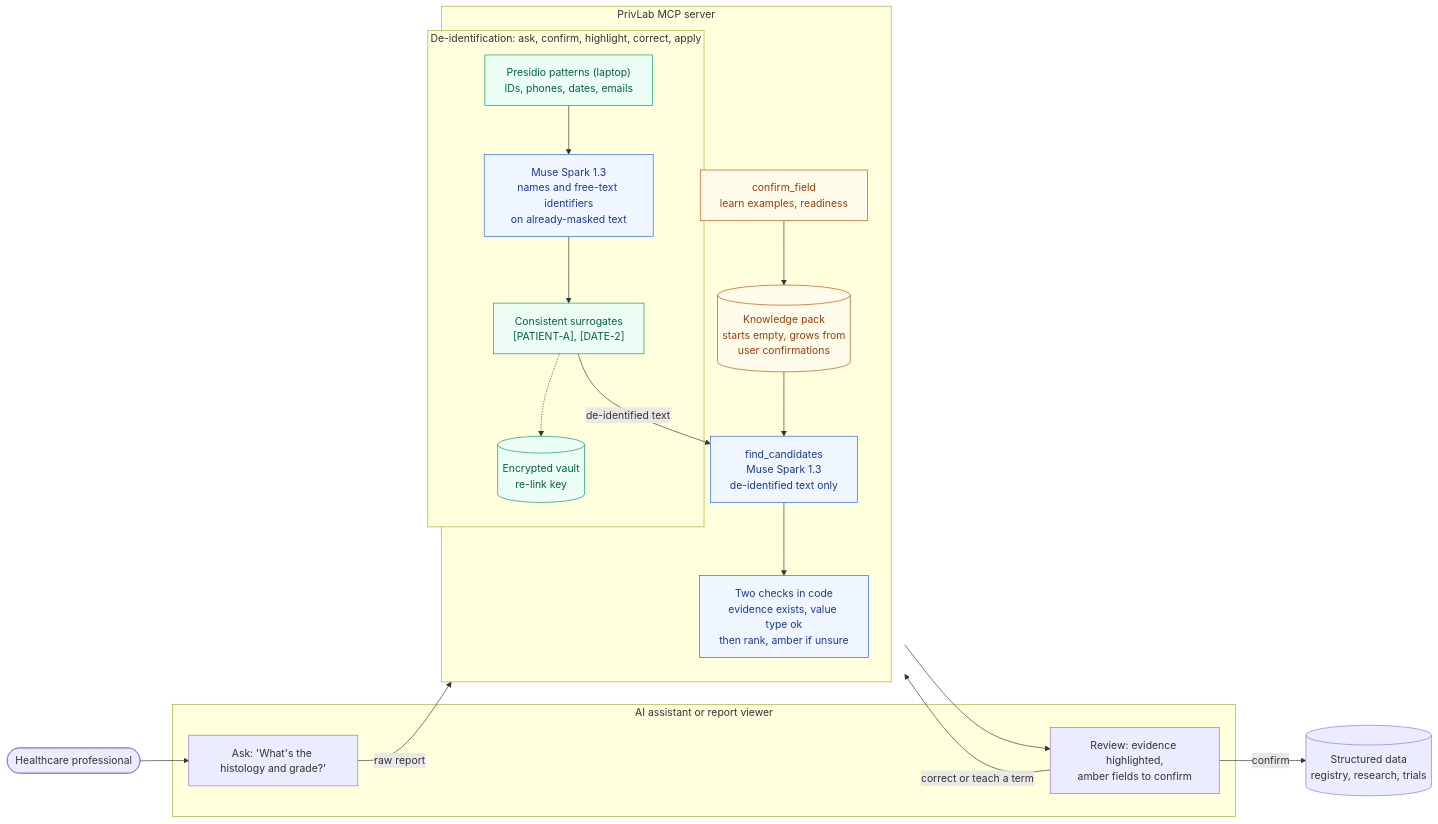
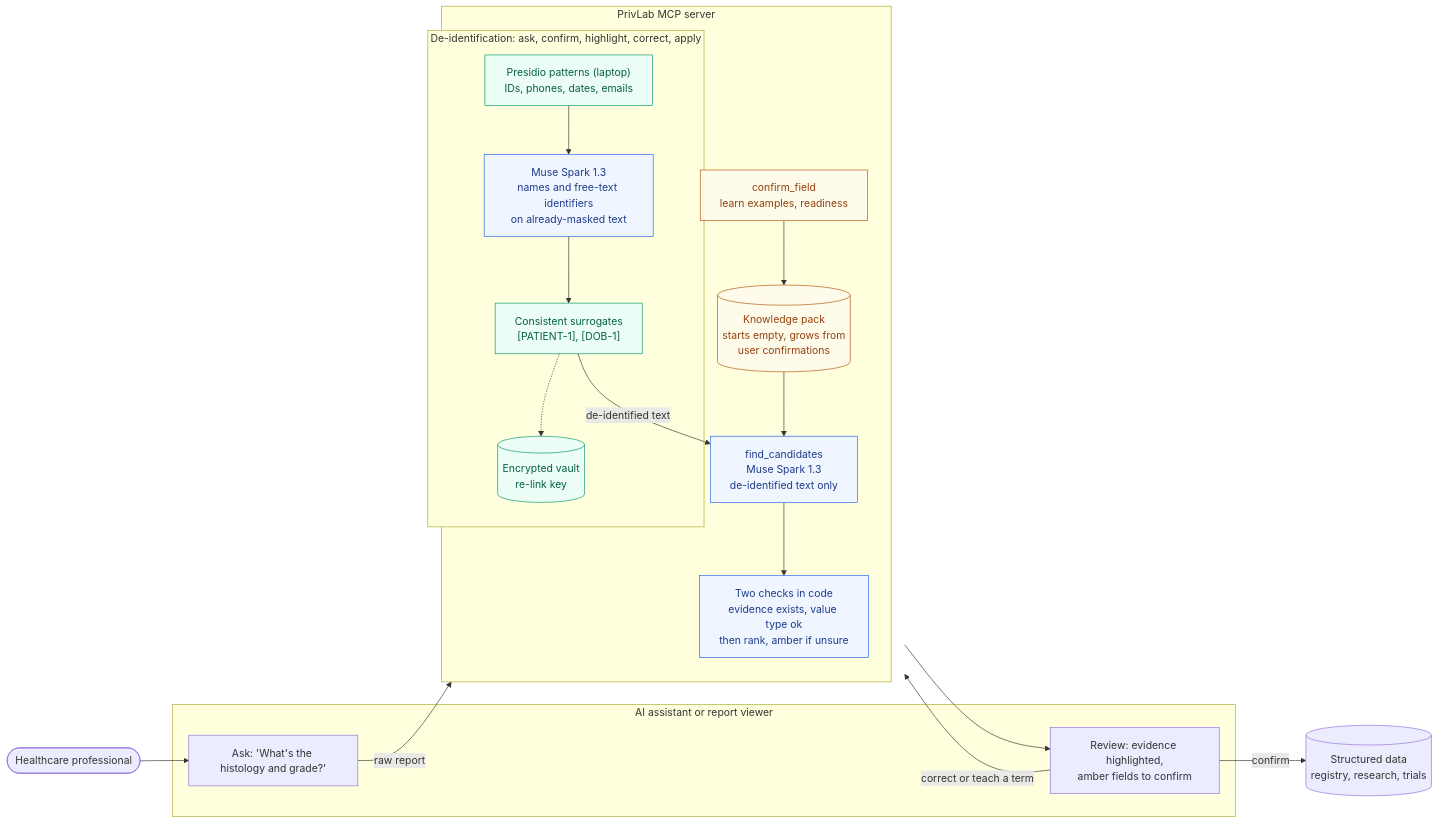
Before and after one commit to megan-chu/PrivLab: the diagram in docs/architecture.mmd, drawn with Mermaid. The commit also changed 1 other file, not shown here.

Commit message:
chore: add de-id red-team agent and update tag names in diagram

```diff
--- a/docs/architecture.mmd
+++ b/docs/architecture.mmd
@@ -1,42 +1,42 @@
 flowchart LR
     U(["Healthcare professional"])
 
     subgraph CLIENT["AI assistant or report viewer"]
         Q["Ask: 'What's the histology and grade?'"]
         R["Review: evidence highlighted,\namber fields to confirm"]
     end
 
     subgraph MCP["PrivLab MCP server"]
         direction TB
         subgraph HOSP["De-identification: ask, confirm, highlight, correct, apply"]
             RULES["Presidio patterns (laptop)\nIDs, phones, dates, emails"]
             GLIM["Muse Spark 1.3\nnames and free-text identifiers\non already-masked text"]
-            SUR["Consistent surrogates\n[PATIENT-A], [DATE-2]"]
+            SUR["Consistent surrogates\n[PATIENT-1], [DOB-1]"]
             VAULT[("Encrypted vault\nre-link key")]
         end
         REC["find_candidates\nMuse Spark 1.3\nde-identified text only"]
         VAL["Two checks in code\nevidence exists, value type ok\nthen rank, amber if unsure"]
         PACKS[("Knowledge pack\nstarts empty, grows from\nuser confirmations")]
         TEACH["confirm_field\nlearn examples, readiness"]
     end
 
     OUT[("Structured data\nregistry, research, trials")]
 
     U --> Q
     Q -->|"raw report"| RULES
     RULES --> GLIM --> SUR
     SUR -.-> VAULT
     SUR -->|"de-identified text"| REC
     PACKS --> REC
     REC --> VAL --> R
     R -->|"confirm"| OUT
     R -->|"correct or teach a term"| TEACH
     TEACH --> PACKS
 
     classDef safe fill:#ECFDF5,stroke:#059669,color:#065F46
     classDef cloud fill:#EFF6FF,stroke:#2563EB,color:#1E3A8A
     classDef know fill:#FFFBEB,stroke:#B45309,color:#92400E
     class RULES,SUR,VAULT safe
     class GLIM cloud
     class REC,VAL cloud
     class PACKS,TEACH know
```
